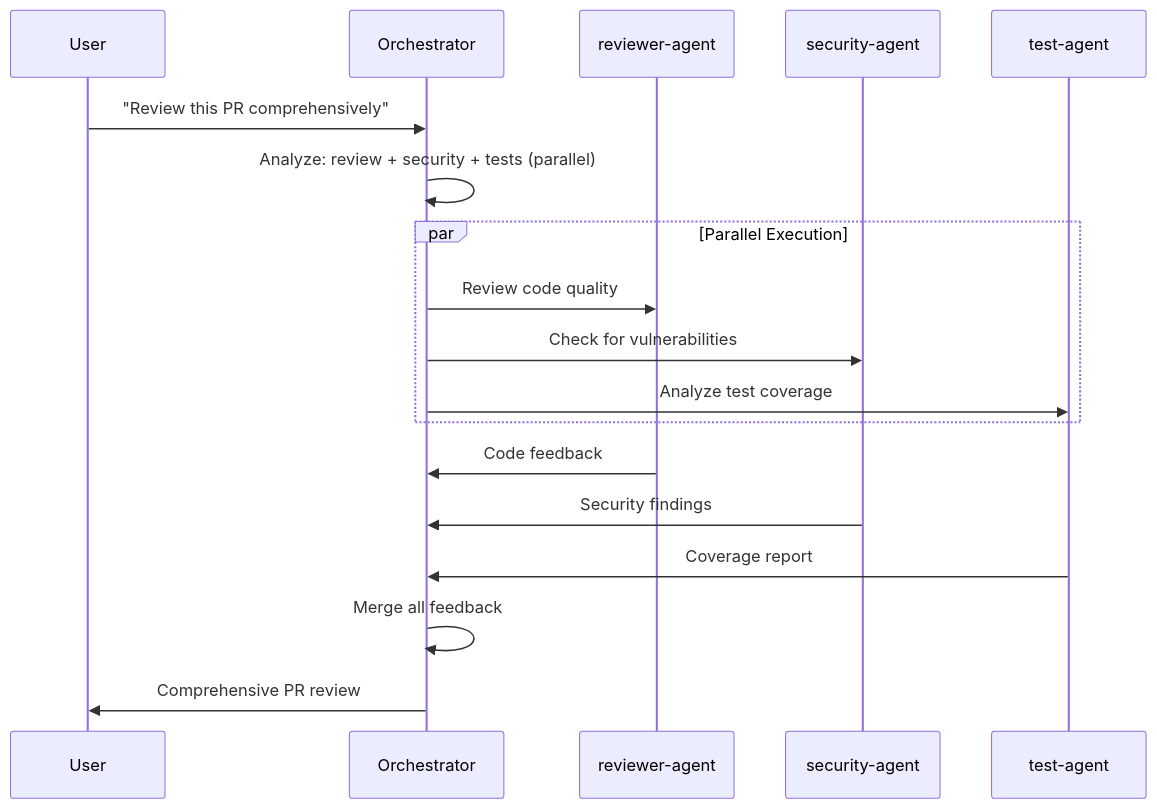
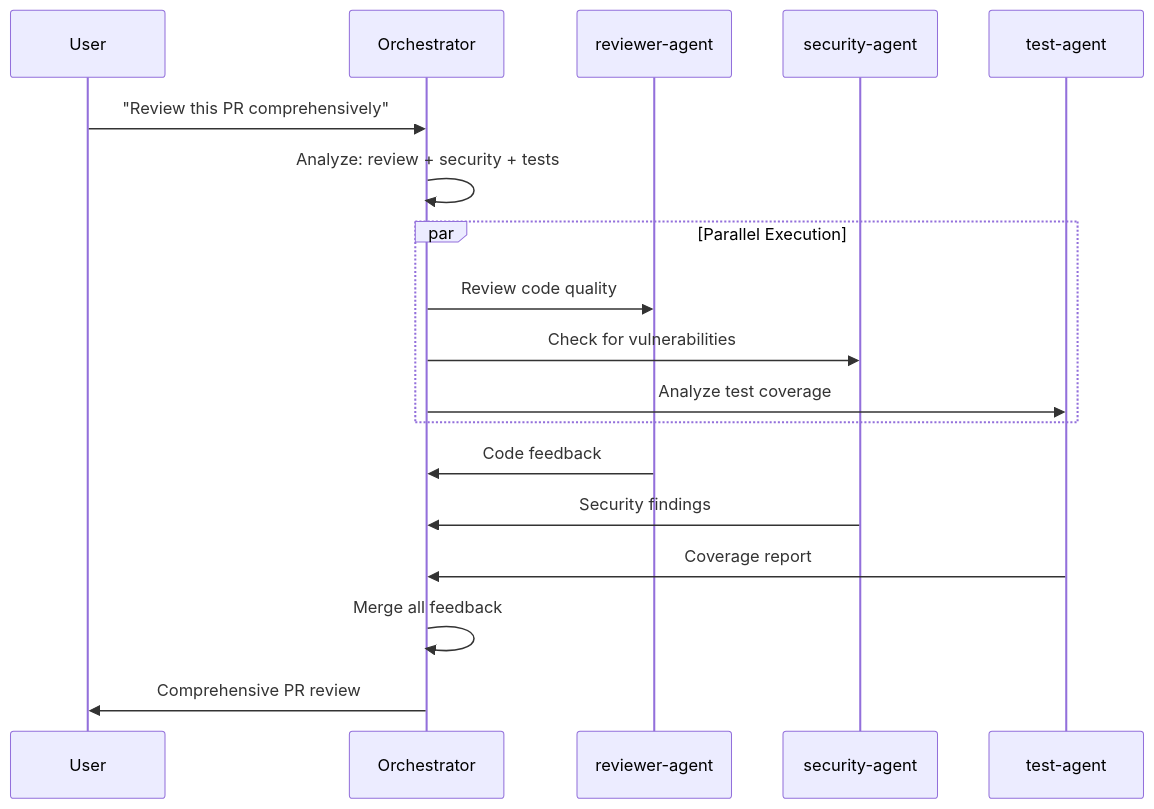
Before and after one commit to MikahNiehaus/ClaudeMemory: the sixth of 9 diagrams in README.md, drawn with Mermaid. The commit also changed other lines of this file and 1 other file, not shown here.

````diff
--- a/README.md
+++ b/README.md
@@ -152,24 +228,24 @@
 ```mermaid
 sequenceDiagram
     participant U as User
     participant O as Orchestrator
     participant R as reviewer-agent
     participant S as security-agent
     participant T as test-agent
 
     U->>O: "Review this PR comprehensively"
-    O->>O: Analyze: review + security + tests (parallel)
+    O->>O: Analyze: review + security + tests
 
     par Parallel Execution
         O->>R: Review code quality
         O->>S: Check for vulnerabilities
         O->>T: Analyze test coverage
     end
 
     R->>O: Code feedback
     S->>O: Security findings
     T->>O: Coverage report
 
     O->>O: Merge all feedback
     O->>U: Comprehensive PR review
 ```
````
